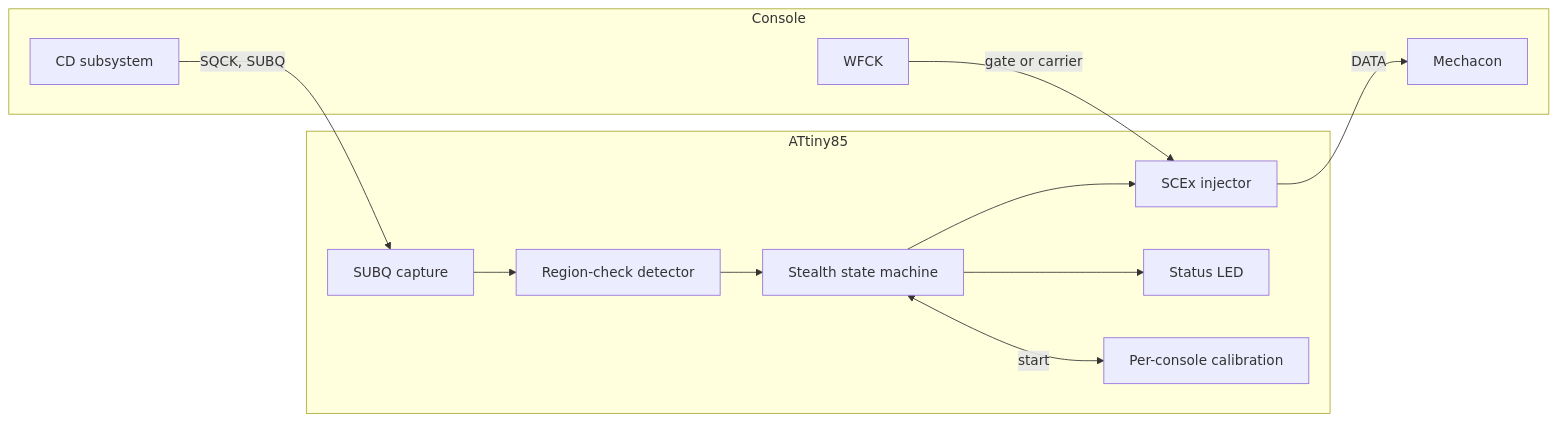
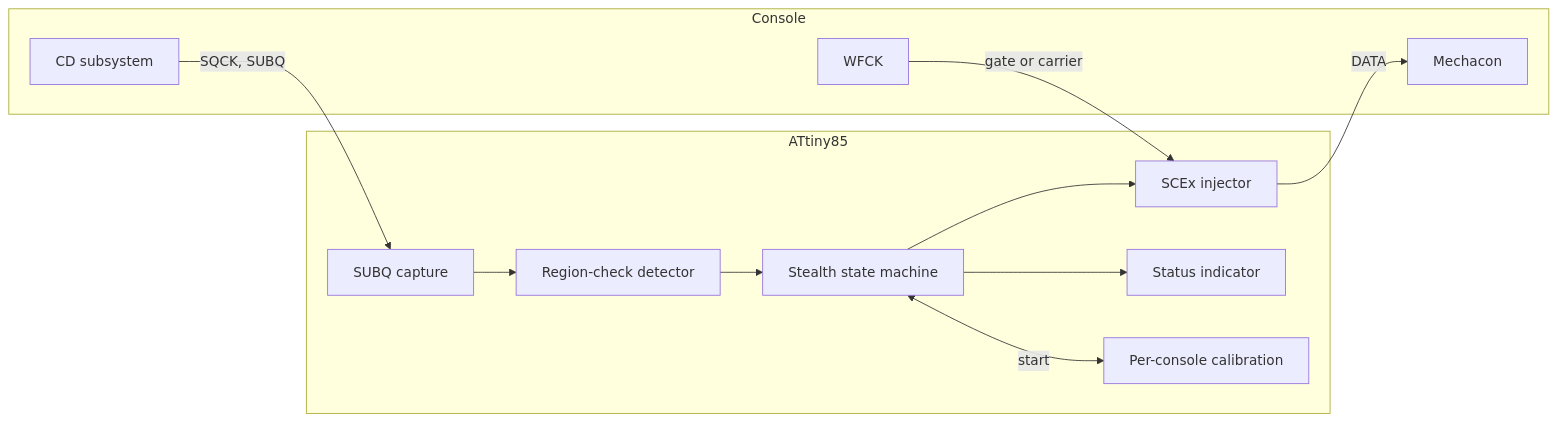
Before and after one commit to gufranco/openscex-modchip: the diagram in README.md, drawn with Mermaid. The commit also changed other lines of this file and 30 other files, not shown here.

First line of the commit message:
refactor: rename the LED module to indicator

````diff
--- a/README.md
+++ b/README.md
@@ -227,22 +227,22 @@
 ```mermaid
 graph LR
     subgraph Console
         CD[CD subsystem]
         WF[WFCK]
         MECH[Mechacon]
     end
     subgraph ATtiny85
         CAP[SUBQ capture]
         DET[Region-check detector]
         ST[Stealth state machine]
         INJ[SCEx injector]
-        LED[Status LED]
+        IND[Status indicator]
         CAL[Per-console calibration]
     end
     CD -->|SQCK, SUBQ| CAP
     CAP --> DET --> ST --> INJ
-    ST --> LED
+    ST --> IND
     ST <-->|start| CAL
     WF -->|gate or carrier| INJ
     INJ -->|DATA| MECH
 ```
````
